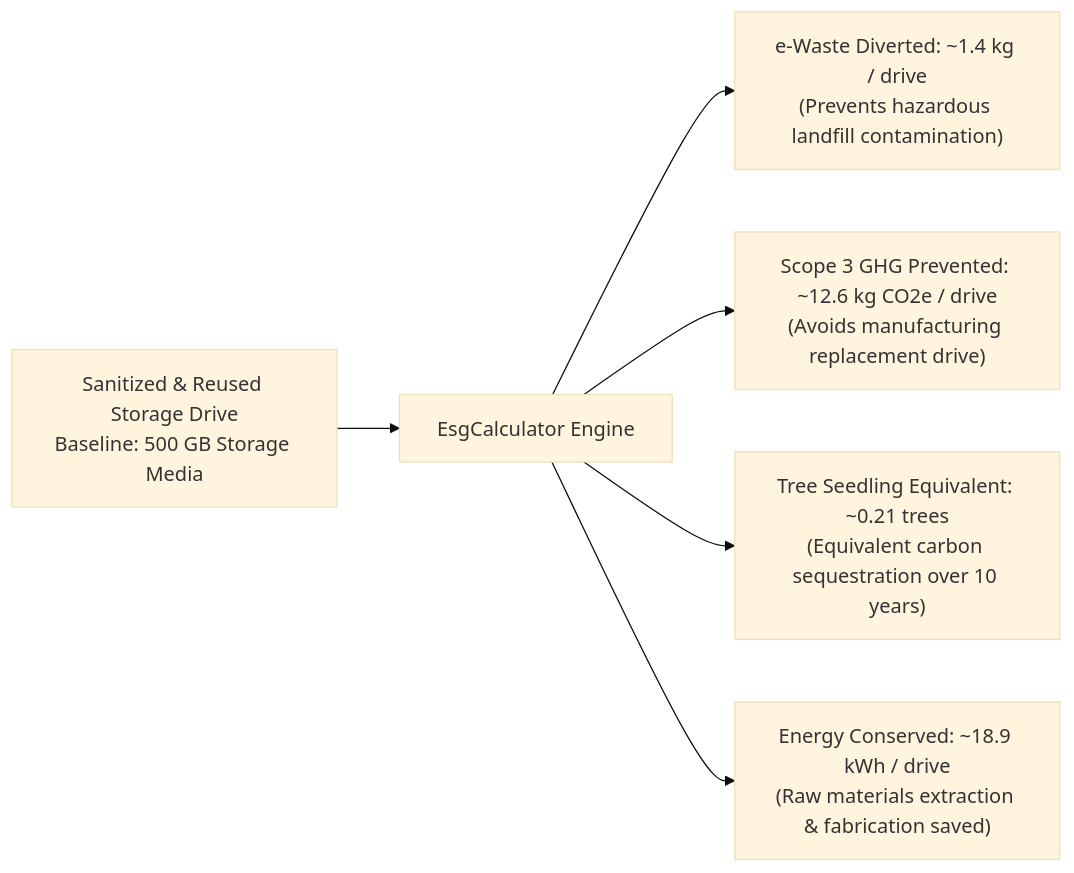
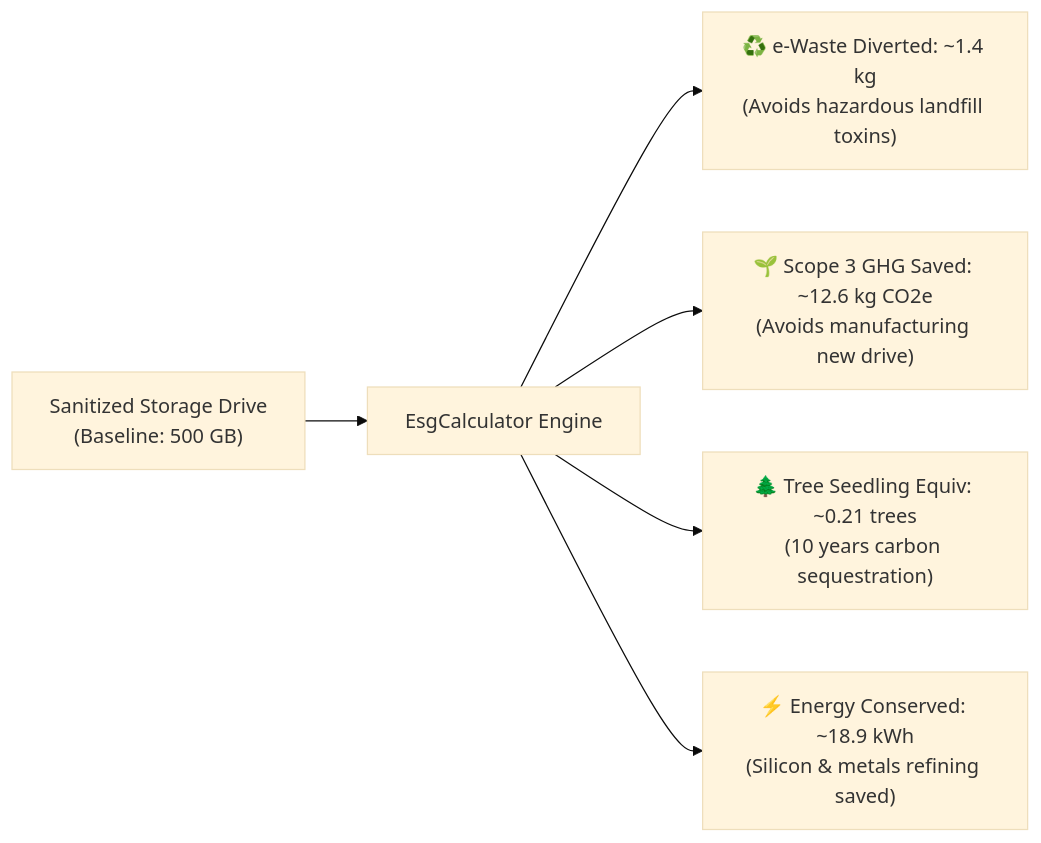
One commit to pranaash31/Secure-Data-Wiping changed diagram 13 of 24 in PROJECT_STUDY_GUIDE.md. Above: the diagram before and after it, drawn with Mermaid (base theme). The commit also changed other lines of this file, not shown here.

````diff
--- a/PROJECT_STUDY_GUIDE.md
+++ b/PROJECT_STUDY_GUIDE.md
@@ -552,9 +503,9 @@
 ```mermaid
 flowchart LR
-    DRIVE[Sanitized & Reused Storage Drive\nBaseline: 500 GB Storage Media] --> ESG[EsgCalculator Engine]
-    
-    ESG --> M1["e-Waste Diverted: ~1.4 kg / drive\n(Prevents hazardous landfill contamination)"]
-    ESG --> M2["Scope 3 GHG Prevented: ~12.6 kg CO2e / drive\n(Avoids manufacturing replacement drive)"]
-    ESG --> M3["Tree Seedling Equivalent: ~0.21 trees\n(Equivalent carbon sequestration over 10 years)"]
-    ESG --> M4["Energy Conserved: ~18.9 kWh / drive\n(Raw materials extraction & fabrication saved)"]
+    DRIVE["Sanitized Storage Drive\n(Baseline: 500 GB)"] --> ESG["EsgCalculator Engine"]
+
+    ESG --> M1["♻️ e-Waste Diverted: ~1.4 kg\n(Avoids hazardous landfill toxins)"]
+    ESG --> M2["🌱 Scope 3 GHG Saved: ~12.6 kg CO2e\n(Avoids manufacturing new drive)"]
+    ESG --> M3["🌲 Tree Seedling Equiv: ~0.21 trees\n(10 years carbon sequestration)"]
+    ESG --> M4["⚡ Energy Conserved: ~18.9 kWh\n(Silicon & metals refining saved)"]
 ```
````
